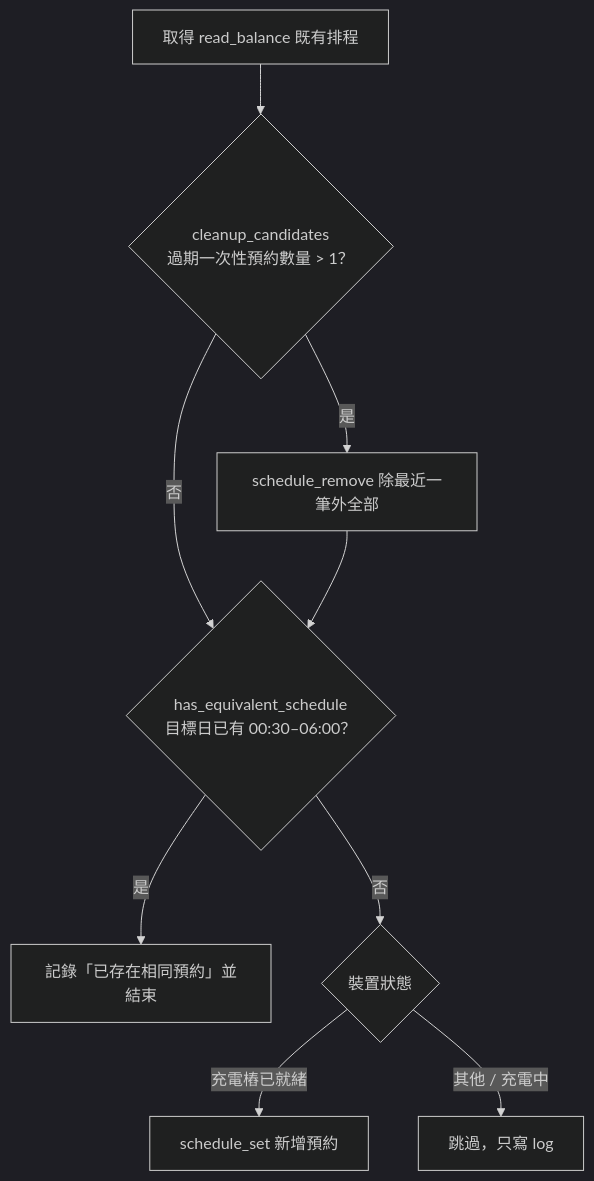
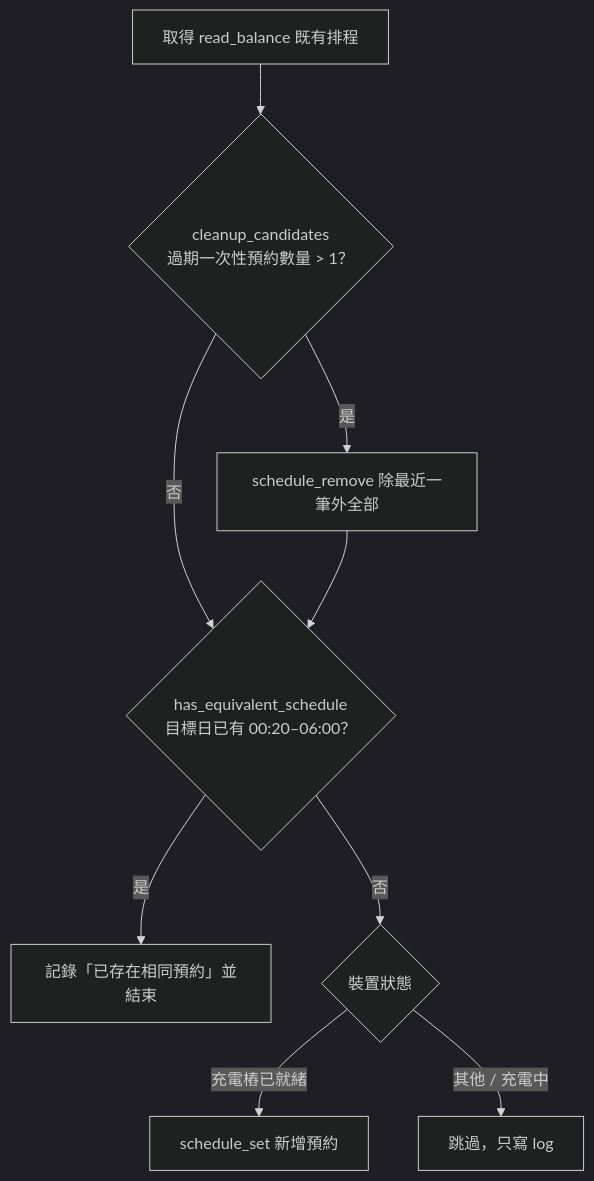
One commit to swchen44/innoknight-charging-person changed the third of 3 diagrams in docs/design.md. Above: the diagram before and after it, drawn with Mermaid (dark theme). The commit also changed other lines of this file and 4 other files, not shown here.

````diff
--- a/docs/design.md
+++ b/docs/design.md
@@ -109,11 +113,11 @@
 ```mermaid
 flowchart TD
     A[取得 read_balance 既有排程] --> B{"cleanup_candidates<br/>過期一次性預約數量 > 1？"}
     B -- 是 --> C[schedule_remove 除最近一筆外全部]
     B -- 否 --> D
-    C --> D{has_equivalent_schedule<br/>目標日已有 00:30–06:00？}
+    C --> D{has_equivalent_schedule<br/>目標日已有 00:20–06:00？}
     D -- 是 --> E[記錄「已存在相同預約」並結束]
     D -- 否 --> F{裝置狀態}
     F -- 充電樁已就緒 --> G[schedule_set 新增預約]
     F -- 其他 / 充電中 --> H[跳過，只寫 log]
 ```
````
